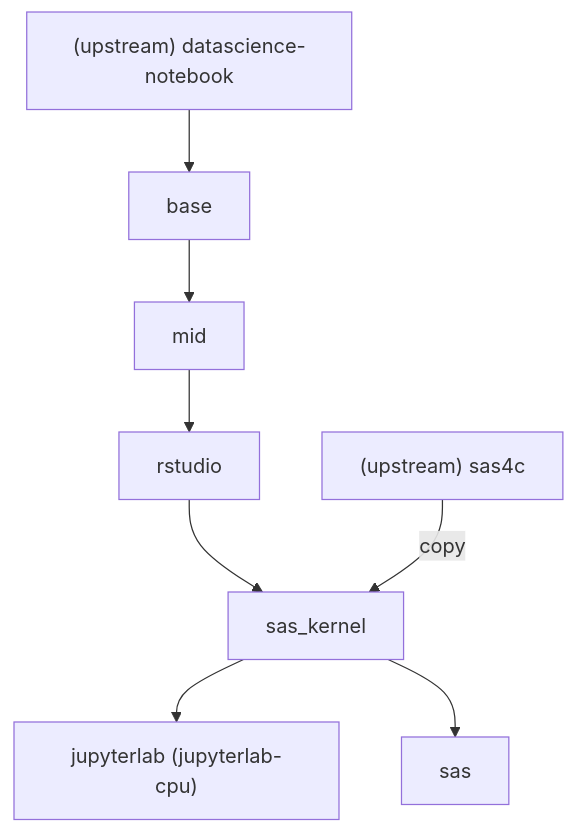
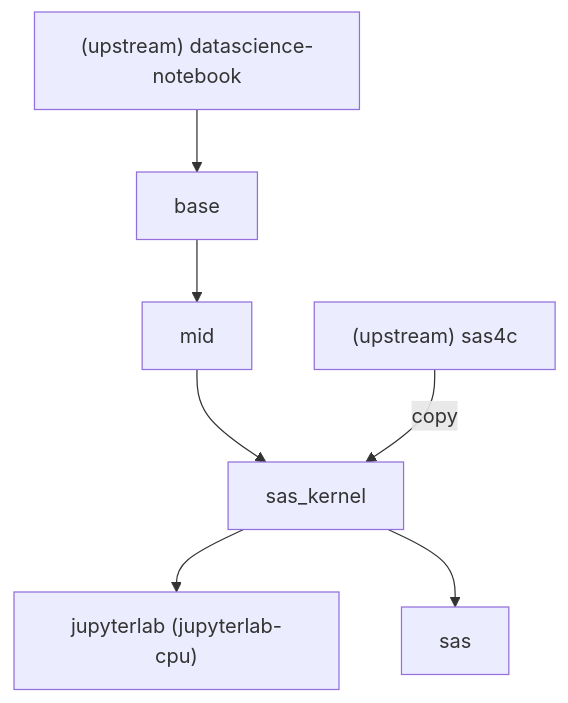
One commit to StatCan/zone-kubeflow-containers changed the diagram in README.md. Above: the diagram before and after it, drawn with Mermaid. The commit also changed other lines of this file and 2 other files, not shown here.

````diff
--- a/README.md
+++ b/README.md
@@ -46,11 +130,10 @@
 ```mermaid
 graph TD
   upstream_nb["(upstream) datascience-notebook"]
   upstream_nb --> base
   base --> mid
-  mid --> rstudio
-  rstudio --> sas_kernel
+  mid --> sas_kernel
   upstream_sas["(upstream) sas4c"] --> |copy|sas_kernel
   sas_kernel --> jupyterlab["jupyterlab (jupyterlab-cpu)"]
   sas_kernel --> sas
 ```
````
